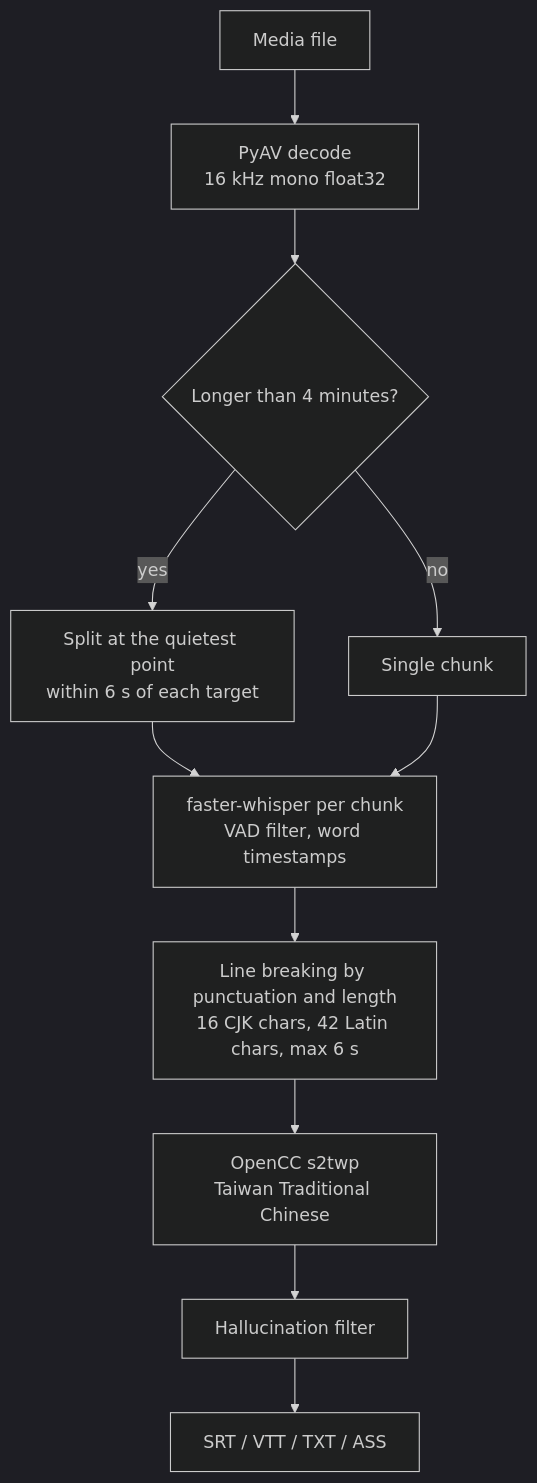
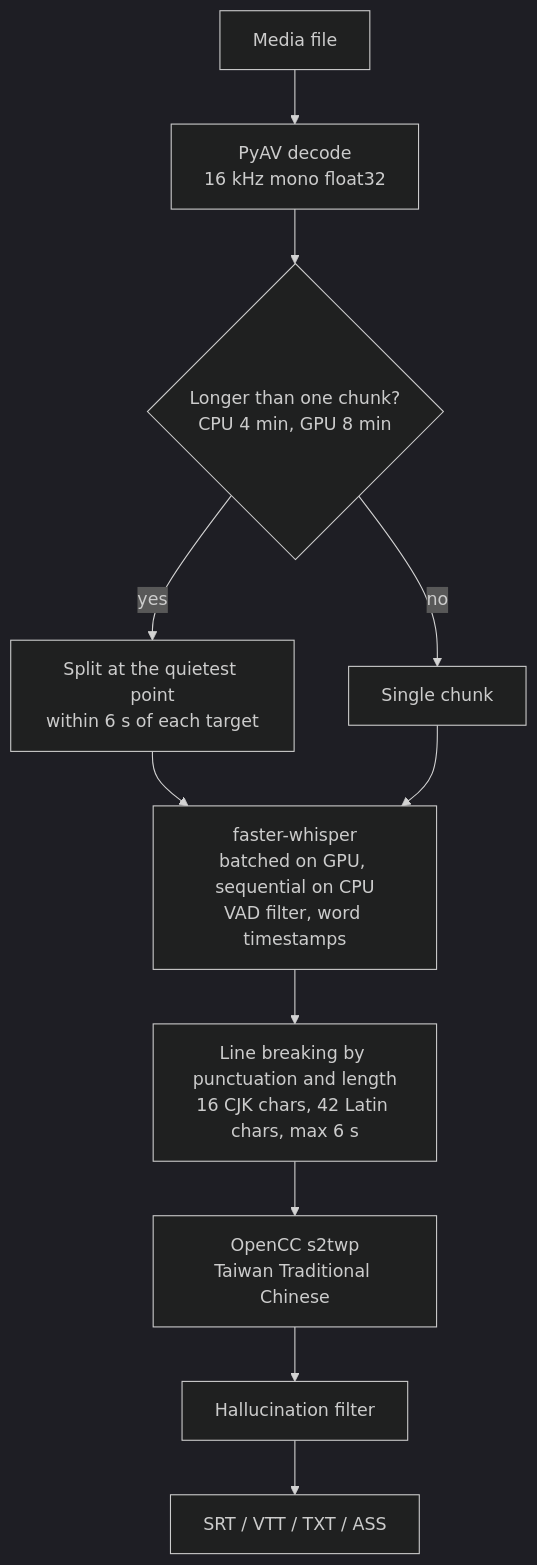
The second of 2 diagrams in README.en.md (alextixu/AutoSubtitle), drawn with Mermaid (dark theme) before and after one commit. The commit also changed other lines of this file and 9 other files, not shown here.

First line of the commit message:
英文介面：依系統語言自動選擇，可在「關於」切換；README 與 ROADMAP 更新

````diff
--- a/README.en.md
+++ b/README.en.md
@@ -186,13 +191,13 @@
 ```mermaid
 flowchart TD
   A["Media file"] --> B["PyAV decode<br>16 kHz mono float32"]
-  B --> C{"Longer than 4 minutes?"}
+  B --> C{"Longer than one chunk?<br>CPU 4 min, GPU 8 min"}
   C -- yes --> D["Split at the quietest point<br>within 6 s of each target"]
   C -- no --> E["Single chunk"]
-  D --> F["faster-whisper per chunk<br>VAD filter, word timestamps"]
+  D --> F["faster-whisper<br>batched on GPU, sequential on CPU<br>VAD filter, word timestamps"]
   E --> F
   F --> G["Line breaking by punctuation and length<br>16 CJK chars, 42 Latin chars, max 6 s"]
   G --> H["OpenCC s2twp<br>Taiwan Traditional Chinese"]
   H --> I["Hallucination filter"]
   I --> J["SRT / VTT / TXT / ASS"]
 ```
````
